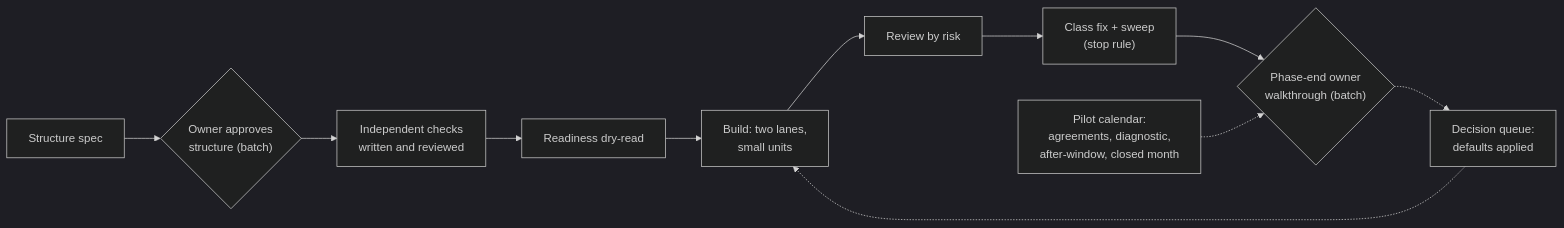
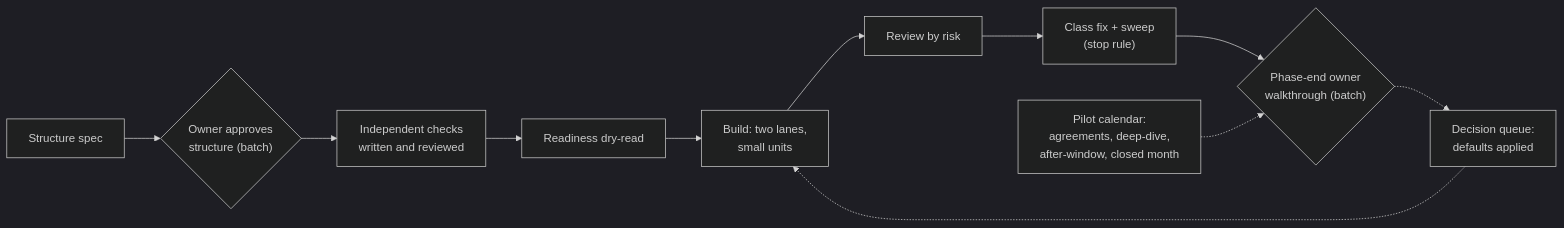
The ninth of 9 diagrams in Docs/demo-sprint/product-direction-layer4/product-transition-and-roadmap.md (bineyame/AssetOpsV1), drawn with Mermaid (dark theme) before and after one commit. The commit also changed other lines of this file and 16 other files, not shown here.

First line of the commit message:
Layer 4 pack: owner's D1 engagement path (call, deep-dive, integration pack, pilot, SaaS); D13, D14 adopted; D15 pending

````diff
--- a/Docs/demo-sprint/product-direction-layer4/product-transition-and-roadmap.md
+++ b/Docs/demo-sprint/product-direction-layer4/product-transition-and-roadmap.md
@@ -606,7 +619,7 @@
 ```mermaid
 flowchart LR
   SPEC["Structure spec"] --> OK1{"Owner approves<br/>structure (batch)"} --> CHK["Independent checks<br/>written and reviewed"] --> DRY["Readiness dry-read"] --> BLD["Build: two lanes,<br/>small units"] --> REV["Review by risk"] --> FIX["Class fix + sweep<br/>(stop rule)"] --> OK2{"Phase-end owner<br/>walkthrough (batch)"}
   Q["Decision queue:<br/>defaults applied"] -.-> BLD
   OK2 -.-> Q
-  PC["Pilot calendar:<br/>agreements, diagnostic,<br/>after-window, closed month"] -.-> OK2
+  PC["Pilot calendar:<br/>agreements, deep-dive,<br/>after-window, closed month"] -.-> OK2
 ```
````
